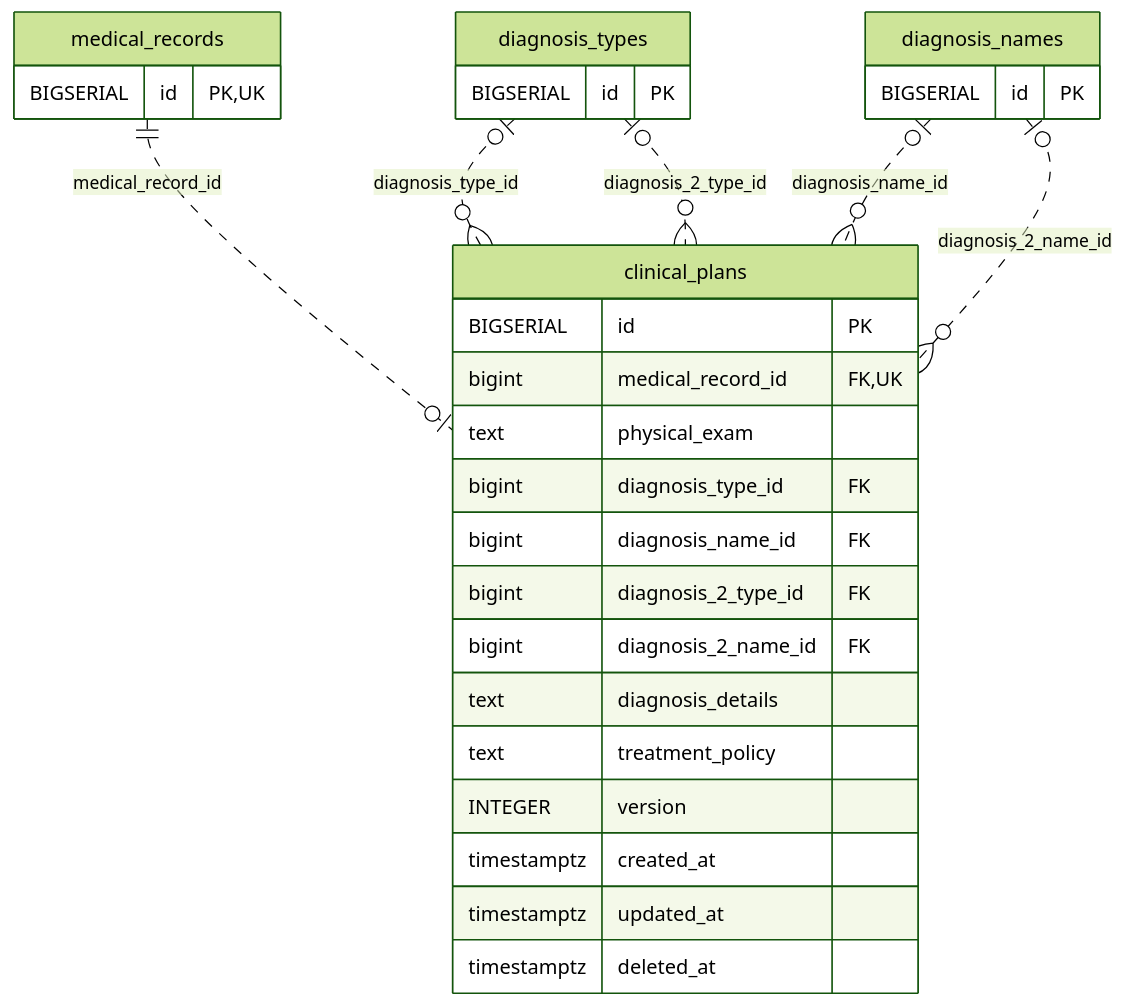
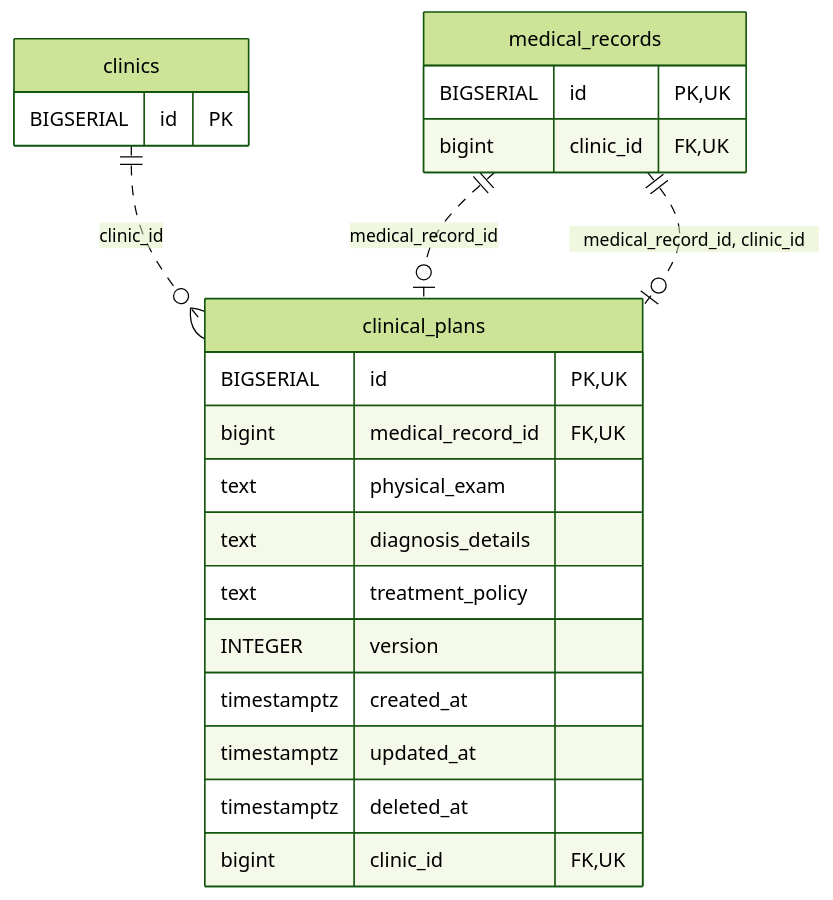
Before and after one commit to MinoruSoga/AnimalEkarte: the diagram in docs/architecture/erd-detail/clinical_plans.md, drawn with Mermaid (forest theme). The commit also changed other lines of this file and 147 other files, not shown here.

````diff
--- a/docs/architecture/erd-detail/clinical_plans.md
+++ b/docs/architecture/erd-detail/clinical_plans.md
@@ -36,32 +33,25 @@
 ```mermaid
 erDiagram
     clinical_plans {
-        BIGSERIAL id PK
+        BIGSERIAL id PK,UK
         bigint medical_record_id FK,UK
         text physical_exam
-        bigint diagnosis_type_id FK
-        bigint diagnosis_name_id FK
-        bigint diagnosis_2_type_id FK
-        bigint diagnosis_2_name_id FK
         text diagnosis_details
         text treatment_policy
         INTEGER version
         timestamptz created_at
         timestamptz updated_at
         timestamptz deleted_at
+        bigint clinic_id FK,UK
     }
-    diagnosis_names {
-        BIGSERIAL id PK
-    }
-    diagnosis_types {
+    clinics {
         BIGSERIAL id PK
     }
     medical_records {
         BIGSERIAL id PK,UK
+        bigint clinic_id FK,UK
     }
     medical_records ||..o| clinical_plans : "medical_record_id"
-    diagnosis_types o|..o{ clinical_plans : "diagnosis_type_id"
-    diagnosis_names o|..o{ clinical_plans : "diagnosis_name_id"
-    diagnosis_types o|..o{ clinical_plans : "diagnosis_2_type_id"
-    diagnosis_names o|..o{ clinical_plans : "diagnosis_2_name_id"
+    clinics ||..o{ clinical_plans : "clinic_id"
+    medical_records ||..o| clinical_plans : "medical_record_id, clinic_id"
 ```
````
